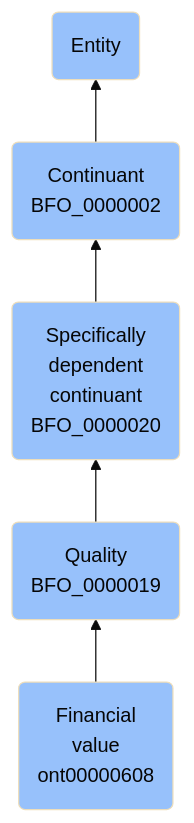
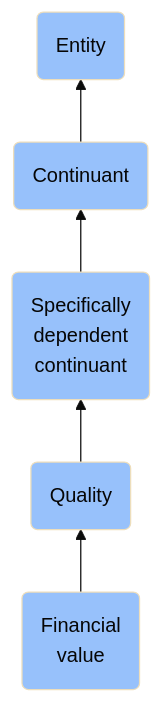
The diagram in docs/ontology/reference/model/Entity/Continuant/Specifically dependent continuant/Quality/Financial value/Financial value.md (jupyter-naas/abi), drawn with Mermaid (base theme) before and after one commit. The commit also changed other lines of this file and 1430 other files, not shown here.

````diff
--- a/docs/ontology/reference/model/Entity/Continuant/Specifically dependent continuant/Quality/Financial value/Financial value.md
+++ b/docs/ontology/reference/model/Entity/Continuant/Specifically dependent continuant/Quality/Financial value/Financial value.md
@@ -24,12 +24,12 @@
 ```mermaid
 graph BT
-    ont00000608(Financial<br>value<br>ont00000608):::BFO-->BFO_0000019
-    BFO_0000019(Quality<br>BFO_0000019):::BFO-->BFO_0000020
-    BFO_0000020(Specifically<br>dependent<br>continuant<br>BFO_0000020):::BFO-->BFO_0000002
-    BFO_0000002(Continuant<br>BFO_0000002):::BFO-->BFO_0000001
+    ont00000608(Financial<br>value):::BFO-->BFO_0000019
+    BFO_0000019(Quality):::BFO-->BFO_0000020
+    BFO_0000020(Specifically<br>dependent<br>continuant):::BFO-->BFO_0000002
+    BFO_0000002(Continuant):::BFO-->BFO_0000001
     BFO_0000001(Entity):::BFO
     
     classDef BFO fill:#97c1fb,color:#060606
     classDef CCO fill:#e4c51e,color:#060606
     classDef ABI fill:#48DD82,color:#060606
 ```
````
